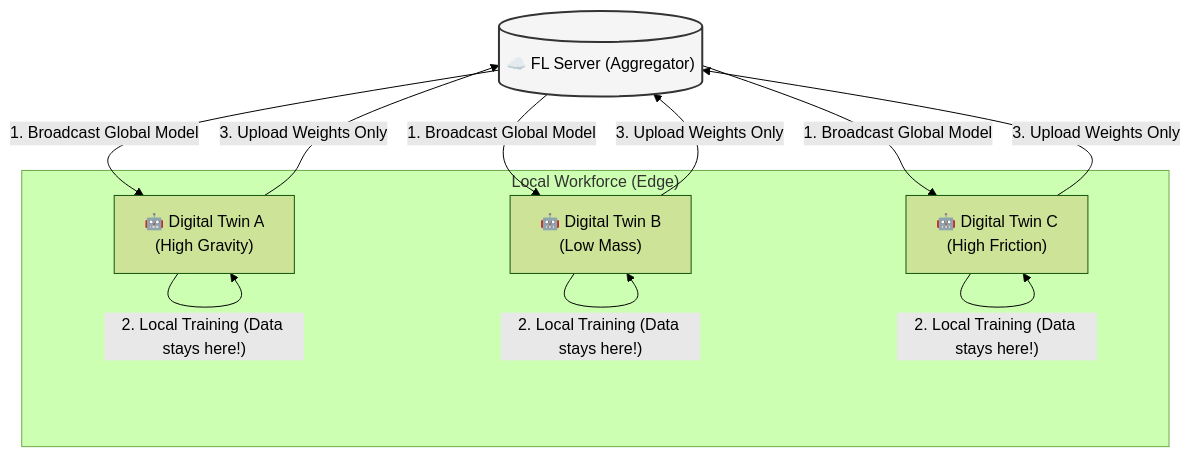
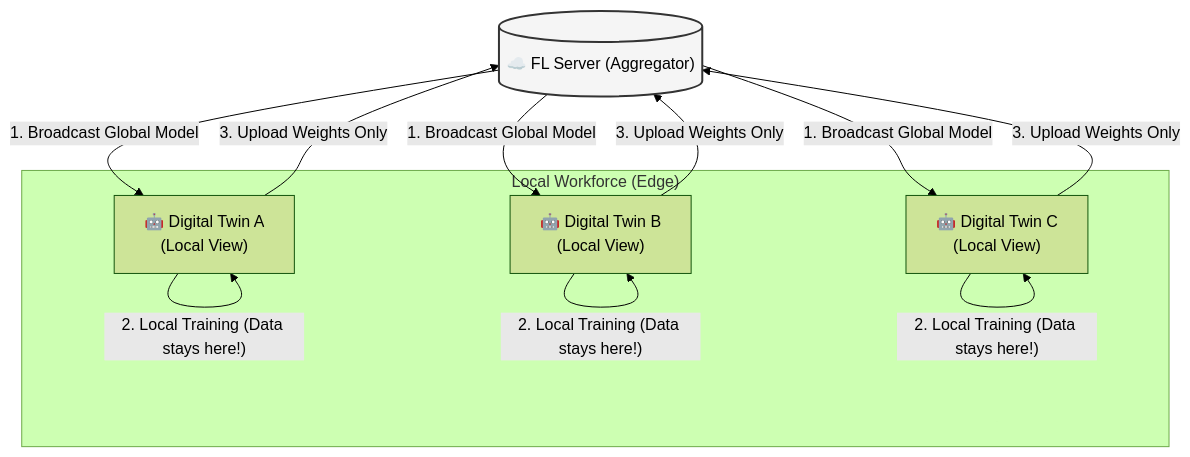
The first of 2 diagrams in README.md (supat-roong/fed-twin), drawn with Mermaid (forest theme) before and after one commit. The commit also changed other lines of this file, not shown here.

````diff
--- a/README.md
+++ b/README.md
@@ -34,27 +34,27 @@
 ```mermaid
 graph TD
     Server[("☁️ FL Server (Aggregator)")]
     
     subgraph "Local Workforce (Edge)"
-        T1["🤖 Digital Twin A<br/>(High Gravity)"]
-        T2["🤖 Digital Twin B<br/>(Low Mass)"]
-        T3["🤖 Digital Twin C<br/>(High Friction)"]
+        T1["🤖 Digital Twin A<br/>(Local View)"]
+        T2["🤖 Digital Twin B<br/>(Local View)"]
+        T3["🤖 Digital Twin C<br/>(Local View)"]
     end
 
     %% Step 1: Broadcast
     Server -- "1. Broadcast Global Model" --> T1
     Server -- "1. Broadcast Global Model" --> T2
     Server -- "1. Broadcast Global Model" --> T3
 
     %% Step 2: Local Training (Self-loops for clarity)
     T1 -- "2. Local Training (Data stays here!)" --> T1
     T2 -- "2. Local Training (Data stays here!)" --> T2
     T3 -- "2. Local Training (Data stays here!)" --> T3
 
     %% Step 3: Upload
     T1 -- "3. Upload Weights Only" --> Server
     T2 -- "3. Upload Weights Only" --> Server
     T3 -- "3. Upload Weights Only" --> Server
     
     style Server fill:#f5f5f5,stroke:#333,stroke-width:2px
 ```
````
